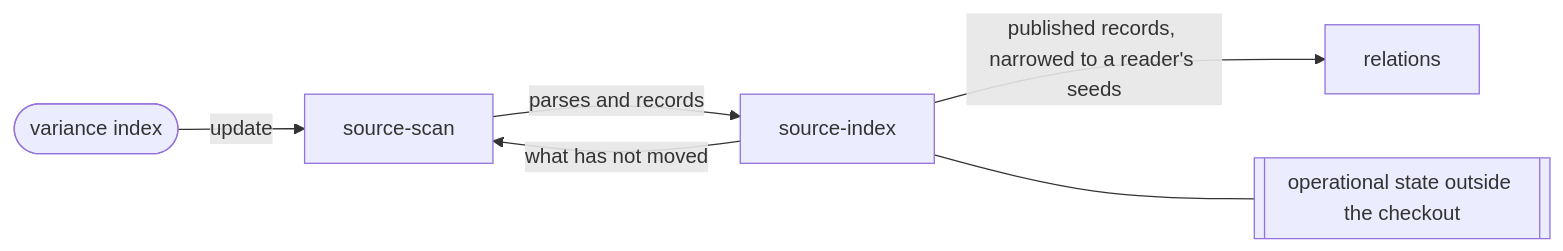
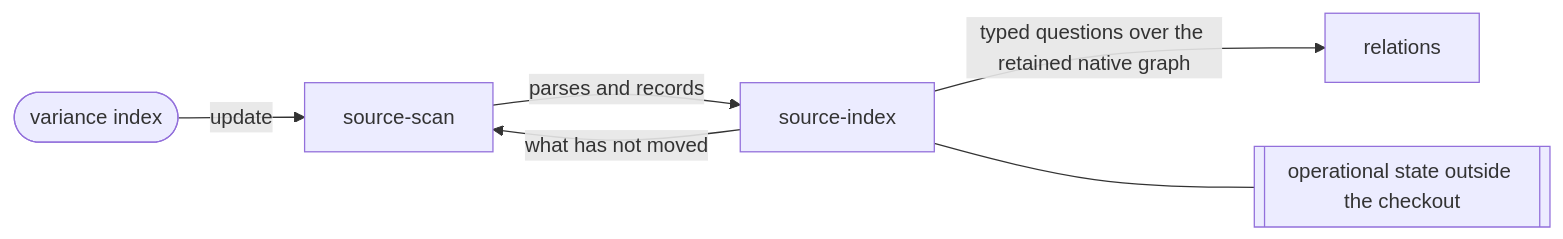
Before and after one commit to Variance-Authority/variance-authority: the diagram in .compass/variance-authority/reach/source-index/README.md, drawn with Mermaid. The commit also changed other lines of this file and 4 other files, not shown here.

````diff
--- a/.compass/variance-authority/reach/source-index/README.md
+++ b/.compass/variance-authority/reach/source-index/README.md
@@ -76,8 +78,8 @@
 ```mermaid
 flowchart LR
   STEP([variance index]) -->|update| SCAN[source-scan]
   SCAN -->|parses and records| IDX[source-index]
   IDX -->|what has not moved| SCAN
-  IDX -->|published records, narrowed to a reader's seeds| REL[relations]
+  IDX -->|typed questions over the retained native graph| REL[relations]
   IDX --- DISK[[operational state outside the checkout]]
 ```
````
